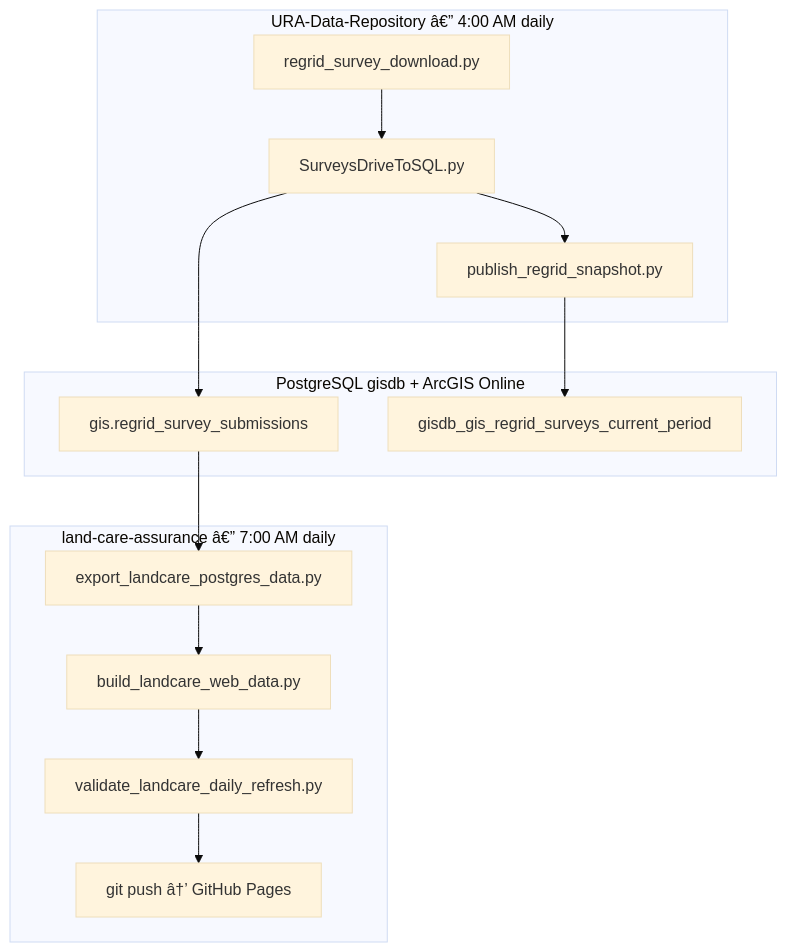
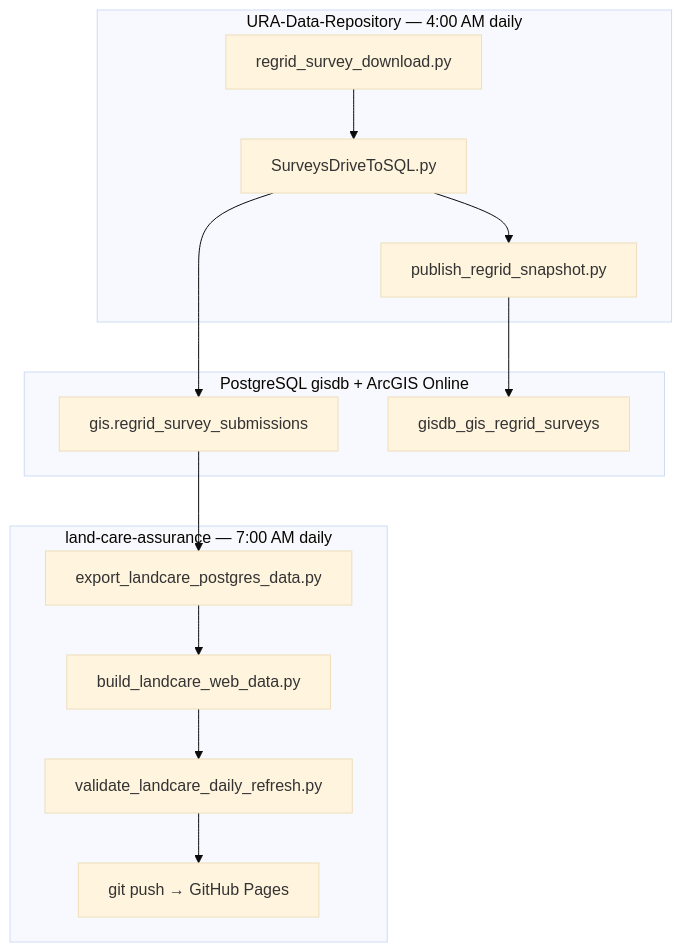
The third of 4 diagrams in docs/landcare-data-engineering-flow.md (rutomo-ura/land-care-assurance), drawn with Mermaid (base theme) before and after one commit. The commit also changed other lines of this file and 10 other files, not shown here.

Commit message:
Use all-period AGOL survey layer

````diff
--- a/docs/landcare-data-engineering-flow.md
+++ b/docs/landcare-data-engineering-flow.md
@@ -84,26 +84,26 @@
 ```mermaid
 flowchart TD
-    subgraph upstream ["URA-Data-Repository â€” 4:00 AM daily"]
+    subgraph upstream ["URA-Data-Repository — 4:00 AM daily"]
         RegridDL["regrid_survey_download.py"]
         SurveyLoad["SurveysDriveToSQL.py"]
         AgolPub["publish_regrid_snapshot.py"]
         RegridDL --> SurveyLoad --> AgolPub
     end
 
     subgraph gisdb ["PostgreSQL gisdb + ArcGIS Online"]
         SurveyTable["gis.regrid_survey_submissions"]
-        SurveyLayer["gisdb_gis_regrid_surveys_current_period"]
+        SurveyLayer["gisdb_gis_regrid_surveys"]
         SurveyLoad --> SurveyTable
         AgolPub --> SurveyLayer
     end
 
-    subgraph downstream ["land-care-assurance â€” 7:00 AM daily"]
+    subgraph downstream ["land-care-assurance — 7:00 AM daily"]
         Export["export_landcare_postgres_data.py"]
         Build["build_landcare_web_data.py"]
         Validate["validate_landcare_daily_refresh.py"]
-        Publish["git push â†’ GitHub Pages"]
+        Publish["git push → GitHub Pages"]
         Export --> Build --> Validate --> Publish
     end
 
     SurveyTable --> Export
 ```
````
